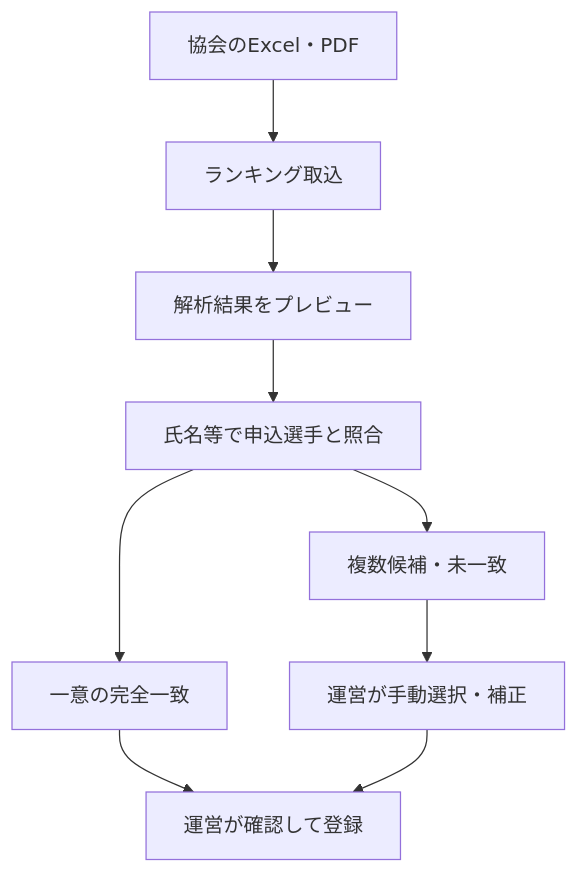
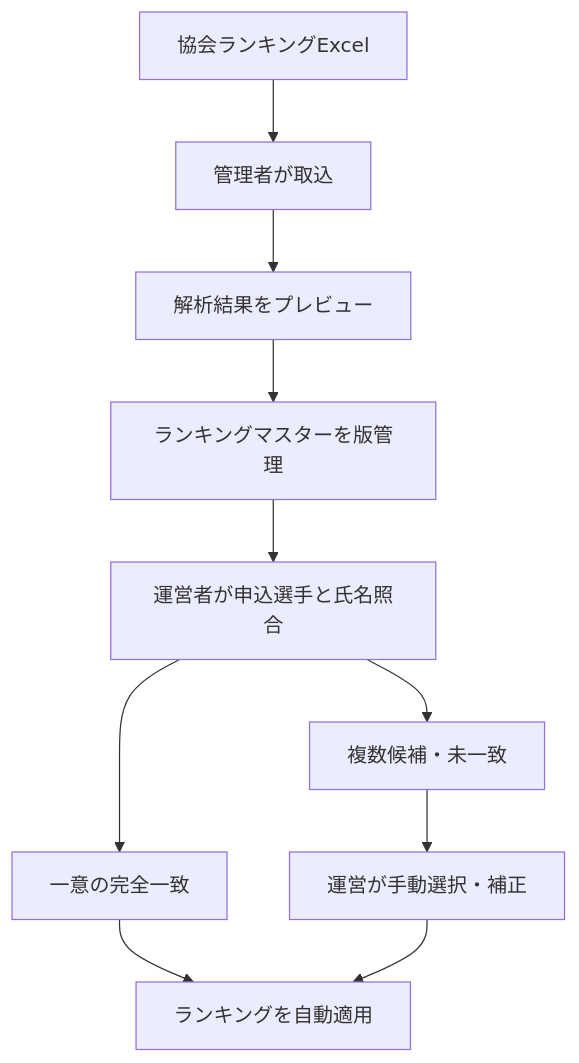
The fourth of 11 diagrams in docs/03_service-domain-plan.md (Miraisosha/S-NICK-Platform), drawn with Mermaid before and after one commit. The commit also changed other lines of this file and 33 other files, not shown here.

````diff
--- a/docs/03_service-domain-plan.md
+++ b/docs/03_service-domain-plan.md
@@ -285,11 +328,12 @@
 ```mermaid
 flowchart TD
-    Source["協会のExcel・PDF"] --> Upload["ランキング取込"]
-    Upload --> Preview["解析結果をプレビュー"]
-    Preview --> Match["氏名等で申込選手と照合"]
+    Source["協会ランキングExcel"] --> Admin["管理者が取込"]
+    Admin --> Preview["解析結果をプレビュー"]
+    Preview --> Master["ランキングマスターを版管理"]
+    Master --> Match["運営者が申込選手と氏名照合"]
     Match --> Auto["一意の完全一致"]
     Match --> Review["複数候補・未一致"]
-    Auto --> Confirm["運営が確認して登録"]
+    Auto --> Confirm["ランキングを自動適用"]
     Review --> Manual["運営が手動選択・補正"]
     Manual --> Confirm
 ```
````
